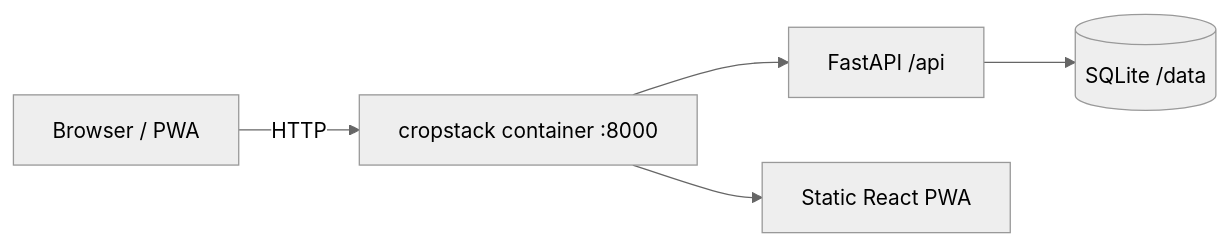
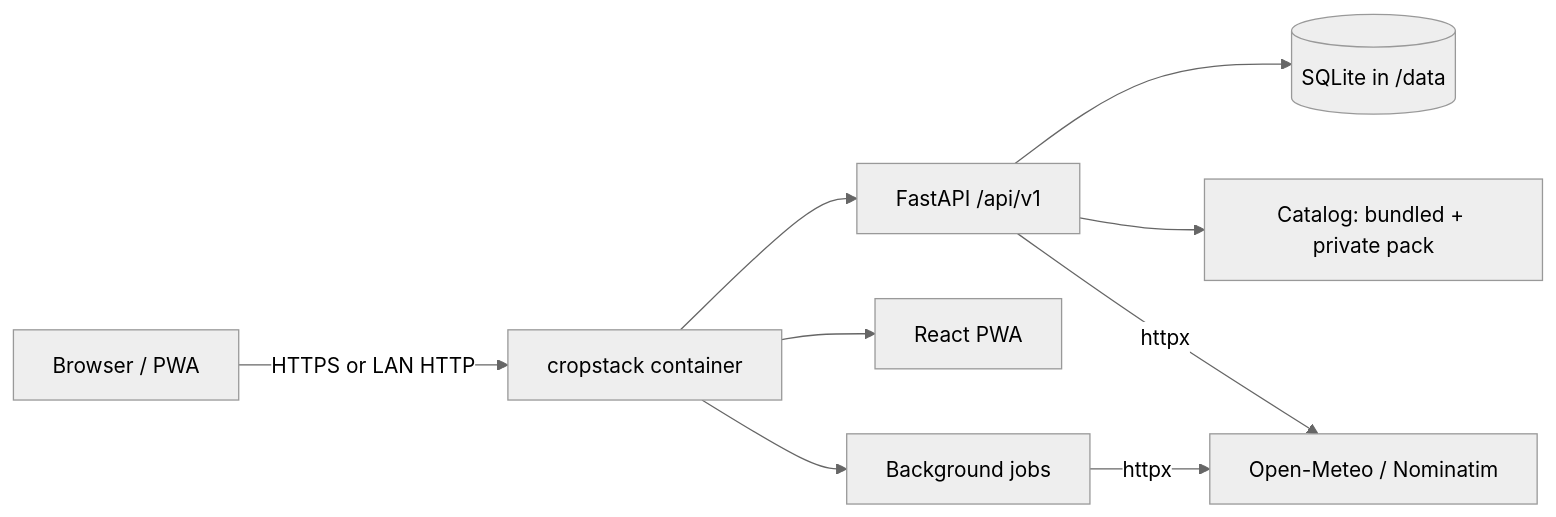
Before and after one commit to krugerhomeassistant/CropStack: the diagram in README.md, drawn with Mermaid (neutral theme). The commit also changed other lines of this file and 34 other files, not shown here.

````diff
--- a/README.md
+++ b/README.md
@@ -137,7 +128,10 @@
 ```mermaid
 flowchart LR
-  B[Browser / PWA] -->|HTTP| C[cropstack container :8000]
-  C --> API[FastAPI /api]
-  C --> SPA[Static React PWA]
-  API --> DB[(SQLite /data)]
+  B[Browser / PWA] -->|HTTPS or LAN HTTP| C[cropstack container]
+  C --> API[FastAPI /api/v1]
+  C --> SPA[React PWA]
+  C --> J[Background jobs]
+  API --> DB[(SQLite in /data)]
+  API --> CAT[Catalog: bundled + private pack]
+  API & J -->|httpx| EXT[Open-Meteo / Nominatim]
 ```
````
